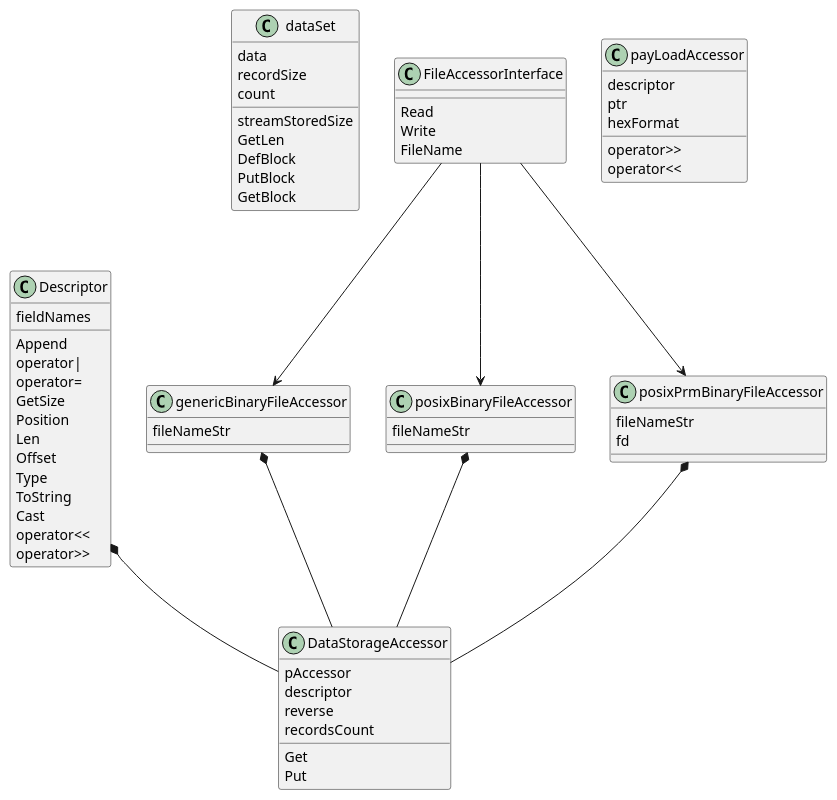
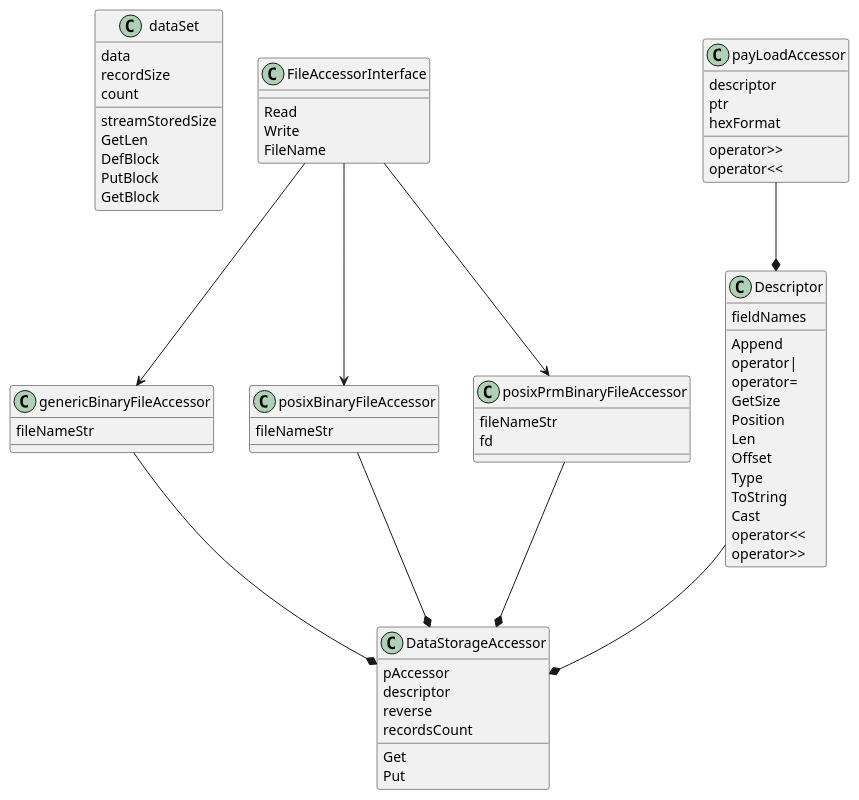
Before and after one commit to michalwidera/retractordb: the diagram in src/include/rdb/README.md, drawn with PlantUML. The commit also changed other lines of this file, not shown here.

````diff
--- a/src/include/rdb/README.md
+++ b/src/include/rdb/README.md
@@ -21,4 +23,6 @@
 ```plantuml
+@startuml
+
 class dataSet {
     {field} data
     {field} recordSize
@@ -89,9 +93,13 @@
 FileAccessorInterface --> posixBinaryFileAccessor
 FileAccessorInterface --> posixPrmBinaryFileAccessor
 
-genericBinaryFileAccessor *-- DataStorageAccessor
-posixBinaryFileAccessor *-- DataStorageAccessor
-posixPrmBinaryFileAccessor *-- DataStorageAccessor
+genericBinaryFileAccessor --* DataStorageAccessor
+posixBinaryFileAccessor --* DataStorageAccessor
+posixPrmBinaryFileAccessor --* DataStorageAccessor
 
-Descriptor *-- DataStorageAccessor
+Descriptor --* DataStorageAccessor
+
+payLoadAccessor --* Descriptor
+
+@enduml
 ```
````
